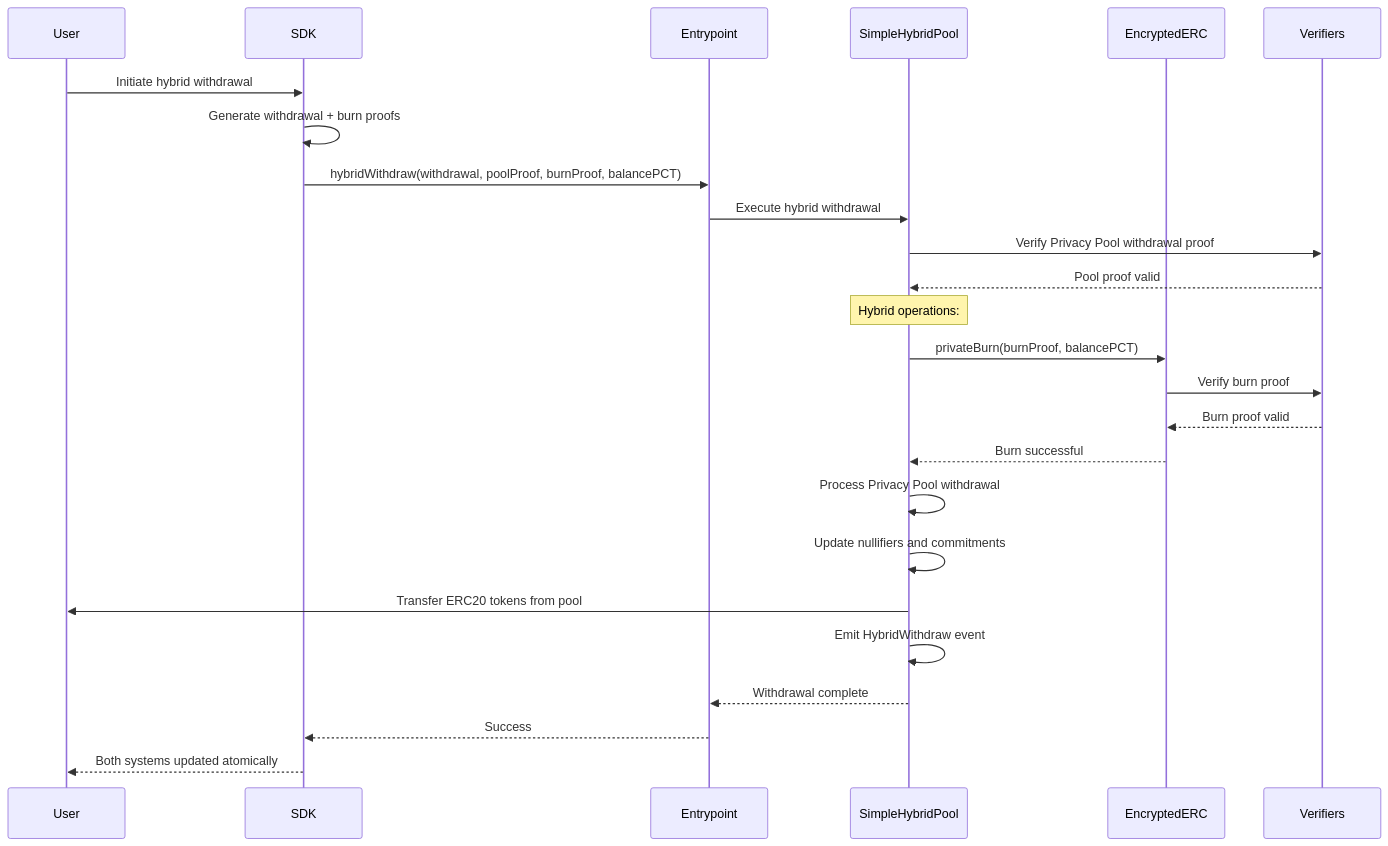
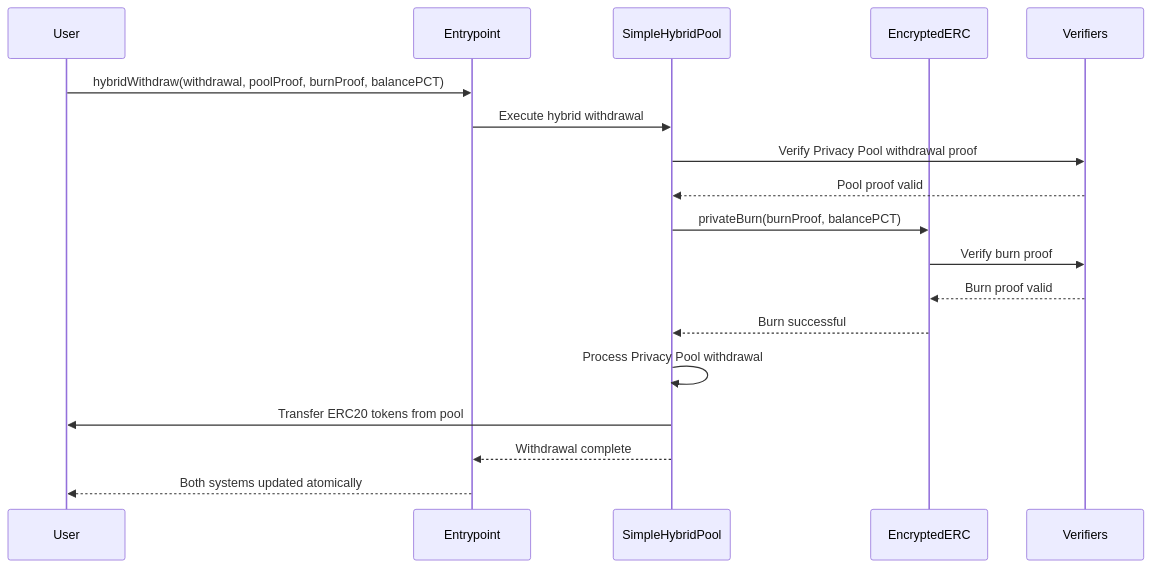
The fourth of 8 diagrams in README.md (Lunaris-protocol/lunaris-private-pools), drawn with Mermaid before and after one commit. The commit also changed other lines of this file, not shown here.

````diff
--- a/README.md
+++ b/README.md
@@ -194,28 +234,21 @@
 ```mermaid
 sequenceDiagram
     participant U as User
-    participant S as SDK
     participant E as Entrypoint
     participant HP as SimpleHybridPool
     participant EERC as EncryptedERC
     participant V as Verifiers
 
-    U->>S: Initiate hybrid withdrawal
-    S->>S: Generate withdrawal + burn proofs
-    S->>E: hybridWithdraw(withdrawal, poolProof, burnProof, balancePCT)
+    U->>E: hybridWithdraw(withdrawal, poolProof, burnProof, balancePCT)
     E->>HP: Execute hybrid withdrawal
     HP->>V: Verify Privacy Pool withdrawal proof
     V-->>HP: Pool proof valid
-    Note over HP: Hybrid operations:
     HP->>EERC: privateBurn(burnProof, balancePCT)
     EERC->>V: Verify burn proof
     V-->>EERC: Burn proof valid
     EERC-->>HP: Burn successful
     HP->>HP: Process Privacy Pool withdrawal
-    HP->>HP: Update nullifiers and commitments
     HP->>U: Transfer ERC20 tokens from pool
-    HP->>HP: Emit HybridWithdraw event
     HP-->>E: Withdrawal complete
-    E-->>S: Success
-    S-->>U: Both systems updated atomically
+    E-->>U: Both systems updated atomically
 ```
````
